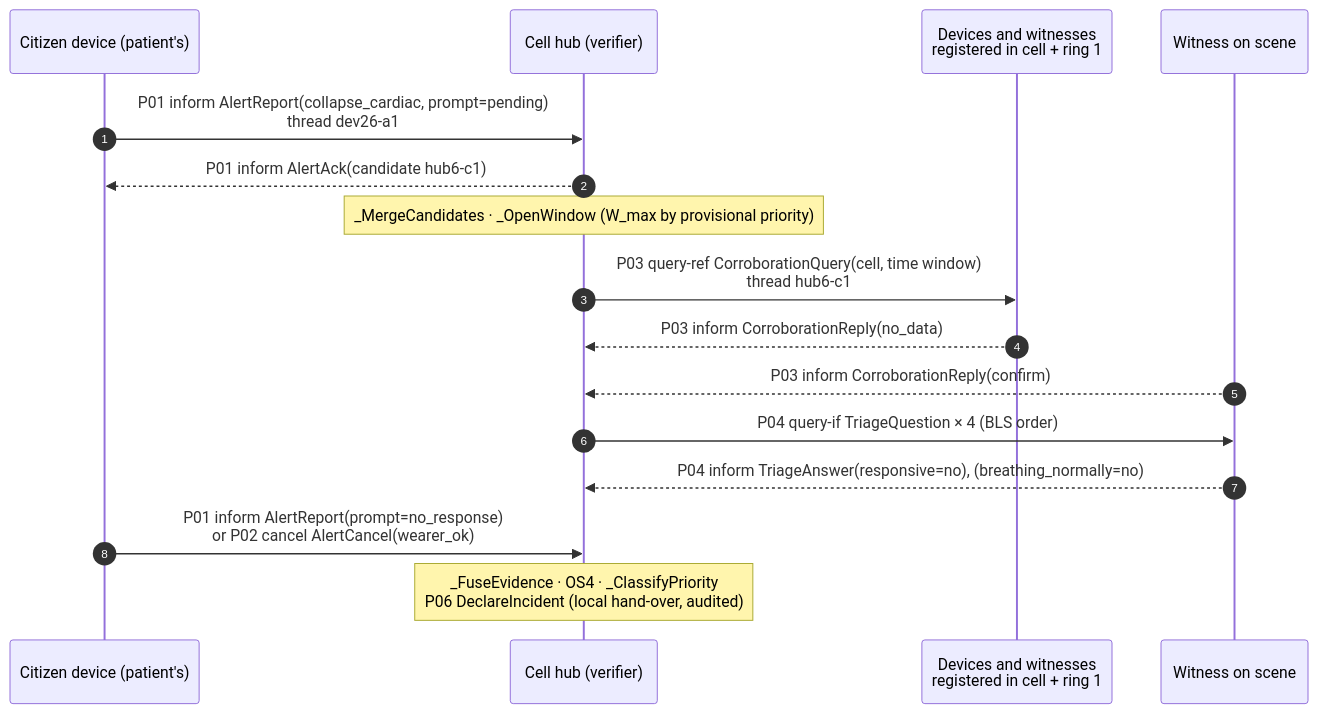
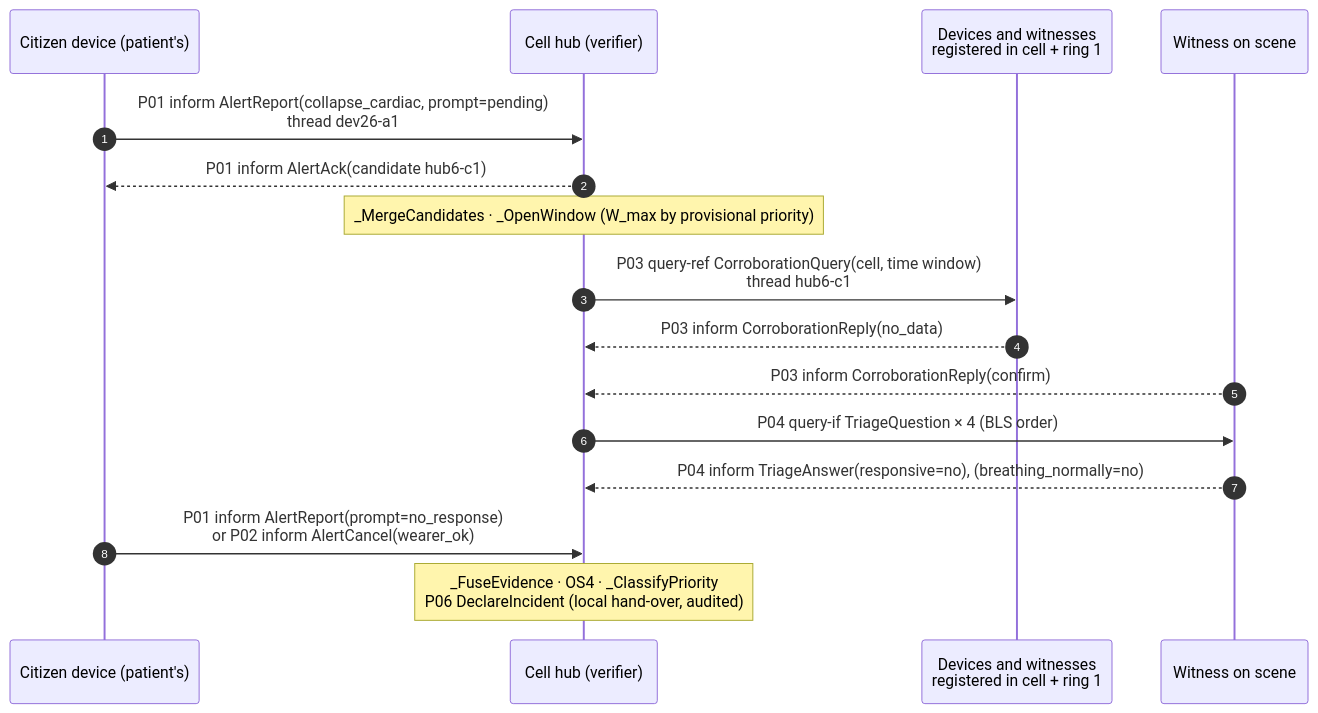
Before and after one commit to rodrigoilde/fcup-isia: the first of 3 diagrams in docs/04-protocols-and-messages.md, drawn with Mermaid. The commit also changed other lines of this file and 22 other files, not shown here.

````diff
--- a/docs/04-protocols-and-messages.md
+++ b/docs/04-protocols-and-messages.md
@@ -64,18 +64,18 @@
 ```mermaid
 sequenceDiagram
     autonumber
     participant D as Citizen device (patient's)
     participant H as Cell hub (verifier)
     participant N as Devices and witnesses<br/>registered in cell + ring 1
     participant W as Witness on scene
     D->>H: P01 inform AlertReport(collapse_cardiac, prompt=pending)<br/>thread dev26-a1
     H-->>D: P01 inform AlertAck(candidate hub6-c1)
     Note over H: _MergeCandidates · _OpenWindow (W_max by provisional priority)
     H->>N: P03 query-ref CorroborationQuery(cell, time window)<br/>thread hub6-c1
     N-->>H: P03 inform CorroborationReply(no_data)
     W-->>H: P03 inform CorroborationReply(confirm)
     H->>W: P04 query-if TriageQuestion × 4 (BLS order)
     W-->>H: P04 inform TriageAnswer(responsive=no), (breathing_normally=no)
-    D->>H: P01 inform AlertReport(prompt=no_response)<br/>or P02 cancel AlertCancel(wearer_ok)
+    D->>H: P01 inform AlertReport(prompt=no_response)<br/>or P02 inform AlertCancel(wearer_ok)
     Note over H: _FuseEvidence · OS4 · _ClassifyPriority<br/>P06 DeclareIncident (local hand-over, audited)
 ```
````
